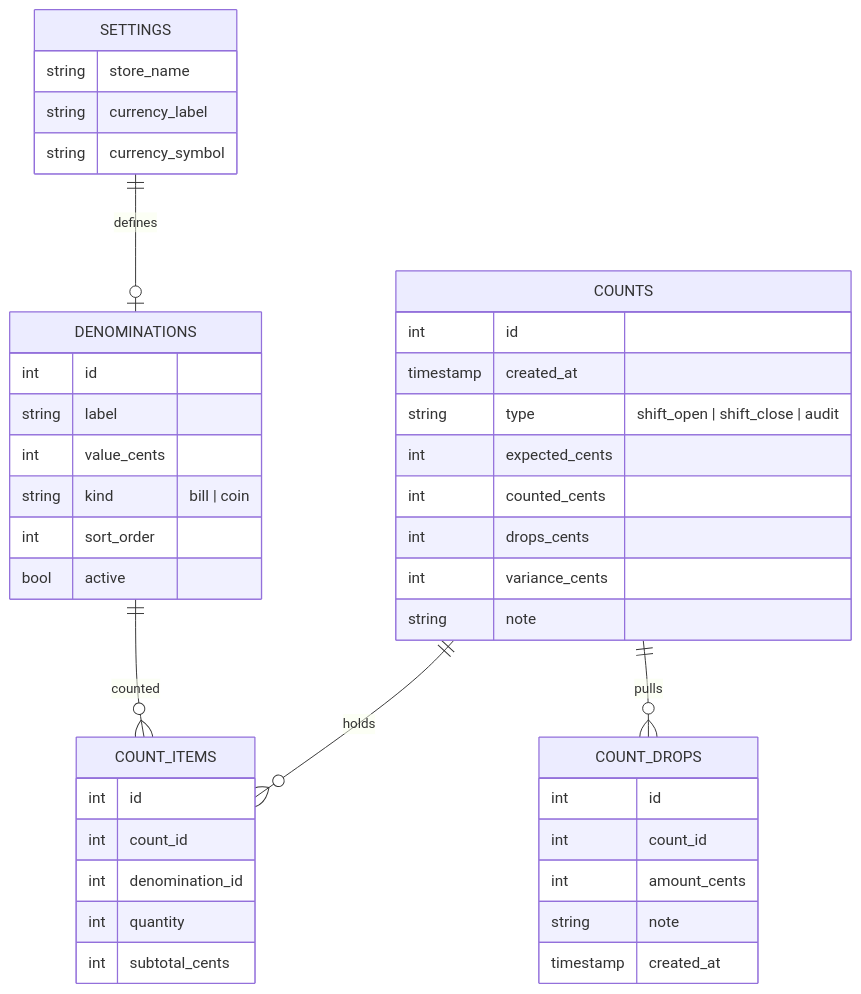
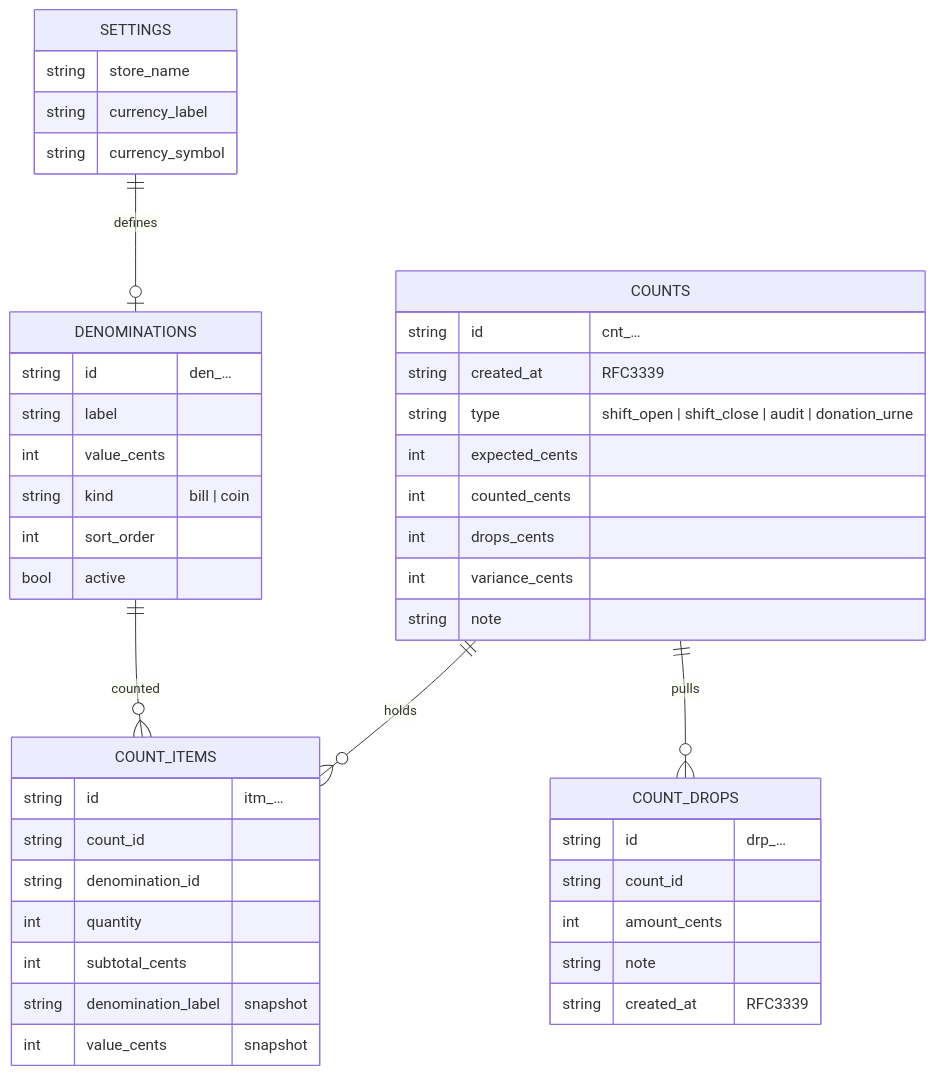
The second of 3 diagrams in DOCUMENTATION.md (tidjee-dev/cash-count), drawn with Mermaid before and after one commit. The commit also changed other lines of this file and 1 other file, not shown here.

````diff
--- a/DOCUMENTATION.md
+++ b/DOCUMENTATION.md
@@ -91,44 +92,46 @@
 ```mermaid
 erDiagram
   DENOMINATIONS ||--o{ COUNT_ITEMS : counted
   COUNTS ||--o{ COUNT_ITEMS : holds
   COUNTS ||--o{ COUNT_DROPS : pulls
   SETTINGS ||--o| DENOMINATIONS : defines
   SETTINGS {
     string store_name
     string currency_label
     string currency_symbol
   }
   DENOMINATIONS {
-    int id
+    string id "den_…"
     string label
     int value_cents
     string kind "bill | coin"
     int sort_order
     bool active
   }
   COUNTS {
-    int id
-    timestamp created_at
-    string type "shift_open | shift_close | audit"
+    string id "cnt_…"
+    string created_at "RFC3339"
+    string type "shift_open | shift_close | audit | donation_urne"
     int expected_cents
     int counted_cents
     int drops_cents
     int variance_cents
     string note
   }
   COUNT_ITEMS {
-    int id
-    int count_id
-    int denomination_id
+    string id "itm_…"
+    string count_id
+    string denomination_id
     int quantity
     int subtotal_cents
+    string denomination_label "snapshot"
+    int value_cents "snapshot"
   }
   COUNT_DROPS {
-    int id
-    int count_id
+    string id "drp_…"
+    string count_id
     int amount_cents
     string note
-    timestamp created_at
+    string created_at "RFC3339"
   }
 ```
````
